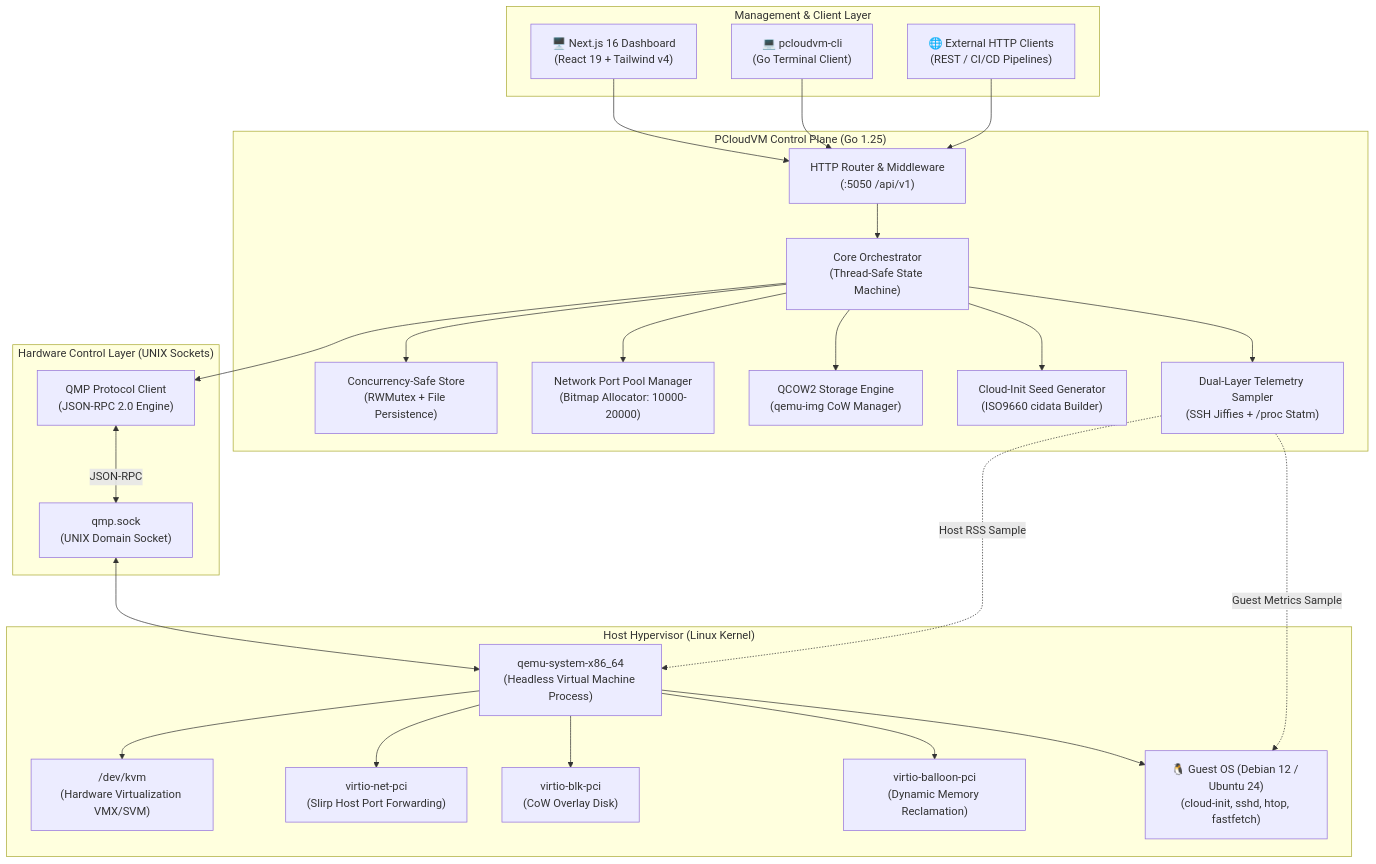
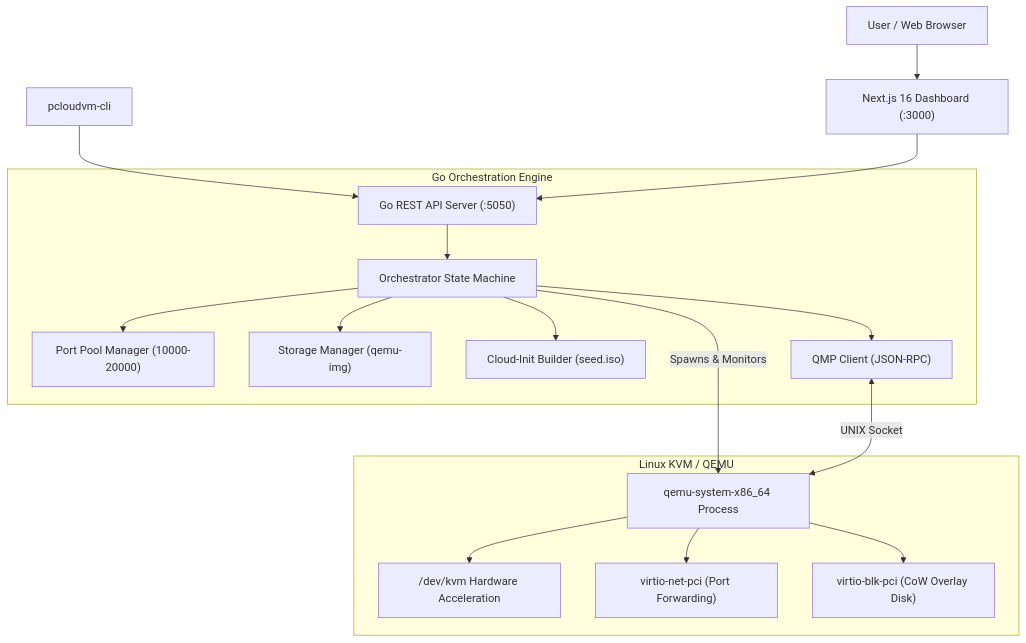
One commit to Saurabh254/PCloudVM changed the diagram in README.md. Above: the diagram before and after it, drawn with Mermaid. The commit also changed other lines of this file, not shown here.

````diff
--- a/README.md
+++ b/README.md
@@ -125,56 +129,22 @@
 ```mermaid
-flowchart TD
-    subgraph ClientLayer["Management & Client Layer"]
-        UI["🖥️ Next.js 16 Dashboard\n(React 19 + Tailwind v4)"]
-        CLI["💻 pcloudvm-cli\n(Go Terminal Client)"]
-        API_Consumer["🌐 External HTTP Clients\n(REST / CI/CD Pipelines)"]
+graph TD
+    Client["User / Web Browser"] --> NextJS["Next.js 16 Dashboard (:3000)"]
+    CLI["pcloudvm-cli"] --> GoAPI["Go REST API Server (:5050)"]
+    NextJS --> GoAPI
+
+    subgraph GoOrchestrator["Go Orchestration Engine"]
+        GoAPI --> Orch["Orchestrator State Machine"]
+        Orch --> PortPool["Port Pool Manager (10000-20000)"]
+        Orch --> CoW["Storage Manager (qemu-img)"]
+        Orch --> CloudInit["Cloud-Init Builder (seed.iso)"]
+        Orch --> QMP["QMP Client (JSON-RPC)"]
     end
 
-    subgraph ControlPlane["PCloudVM Control Plane (Go 1.25)"]
-        Router["HTTP Router & Middleware\n(:5050 /api/v1)"]
-        Orchestrator["Core Orchestrator\n(Thread-Safe State Machine)"]
-        Store["Concurrency-Safe Store\n(RWMutex + File Persistence)"]
-        PortMgr["Network Port Pool Manager\n(Bitmap Allocator: 10000-20000)"]
-        StorageEngine["QCOW2 Storage Engine\n(qemu-img CoW Manager)"]
-        CloudInitGen["Cloud-Init Seed Generator\n(ISO9660 cidata Builder)"]
-        TelemetryEng["Dual-Layer Telemetry Sampler\n(SSH Jiffies + /proc Statm)"]
+    subgraph Hypervisor["Linux KVM / QEMU"]
+        Orch -->|Spawns & Monitors| QEMU["qemu-system-x86_64 Process"]
+        QMP <-->|UNIX Socket| QEMU
+        QEMU --> KVM["/dev/kvm Hardware Acceleration"]
+        QEMU --> VirtNet["virtio-net-pci (Port Forwarding)"]
+        QEMU --> VirtDisk["virtio-blk-pci (CoW Overlay Disk)"]
     end
-
-    subgraph QMPLayer["Hardware Control Layer (UNIX Sockets)"]
-        QMP_Client["QMP Protocol Client\n(JSON-RPC 2.0 Engine)"]
-        QMP_Sock["qmp.sock\n(UNIX Domain Socket)"]
-    end
-
-    subgraph VirtualizationLayer["Host Hypervisor (Linux Kernel)"]
-        KVM["/dev/kvm\n(Hardware Virtualization VMX/SVM)"]
-        QEMU["qemu-system-x86_64\n(Headless Virtual Machine Process)"]
-        VirtIO_Net["virtio-net-pci\n(Slirp Host Port Forwarding)"]
-        VirtIO_Blk["virtio-blk-pci\n(CoW Overlay Disk)"]
-        VirtIO_Balloon["virtio-balloon-pci\n(Dynamic Memory Reclamation)"]
-        GuestOS["🐧 Guest OS (Debian 12 / Ubuntu 24)\n(cloud-init, sshd, htop, fastfetch)"]
-    end
-
-    UI --> Router
-    CLI --> Router
-    API_Consumer --> Router
-
-    Router --> Orchestrator
-    Orchestrator --> Store
-    Orchestrator --> PortMgr
-    Orchestrator --> StorageEngine
-    Orchestrator --> CloudInitGen
-    Orchestrator --> TelemetryEng
-    Orchestrator --> QMP_Client
-
-    QMP_Client <-->|JSON-RPC| QMP_Sock
-    QMP_Sock <--> QEMU
-
-    QEMU --> KVM
-    QEMU --> VirtIO_Net
-    QEMU --> VirtIO_Blk
-    QEMU --> VirtIO_Balloon
-    QEMU --> GuestOS
-
-    TelemetryEng -.->|Guest Metrics Sample| GuestOS
-    TelemetryEng -.->|Host RSS Sample| QEMU
 ```
````
